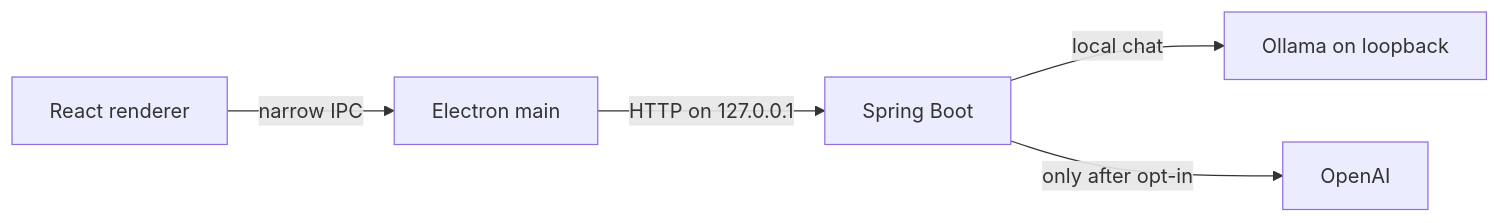
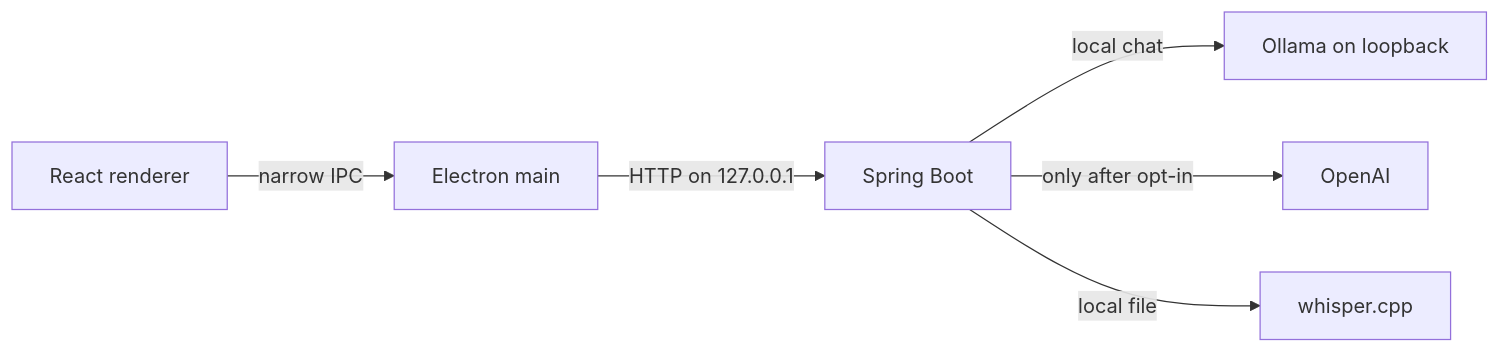
One commit to Karimajed9/eva changed the diagram in docs/architecture.md. Above: the diagram before and after it, drawn with Mermaid. The commit also changed other lines of this file and 57 other files, not shown here.

First line of the commit message:
feat: add local speech recognition with Whisper (#6)

````diff
--- a/docs/architecture.md
+++ b/docs/architecture.md
@@ -5,7 +5,8 @@
 ```mermaid
 flowchart LR
   ui["React renderer"] -->|"narrow IPC"| main["Electron main"]
   main -->|"HTTP on 127.0.0.1"| java["Spring Boot"]
   java -->|"local chat"| ollama["Ollama on loopback"]
   java -->|"only after opt-in"| openai["OpenAI"]
+  java -->|"local file"| whisper["whisper.cpp"]
 ```
````
